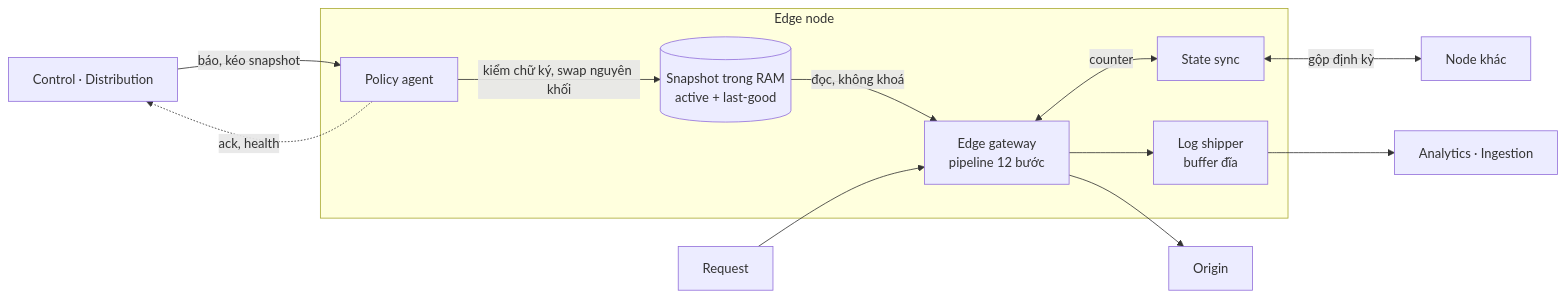
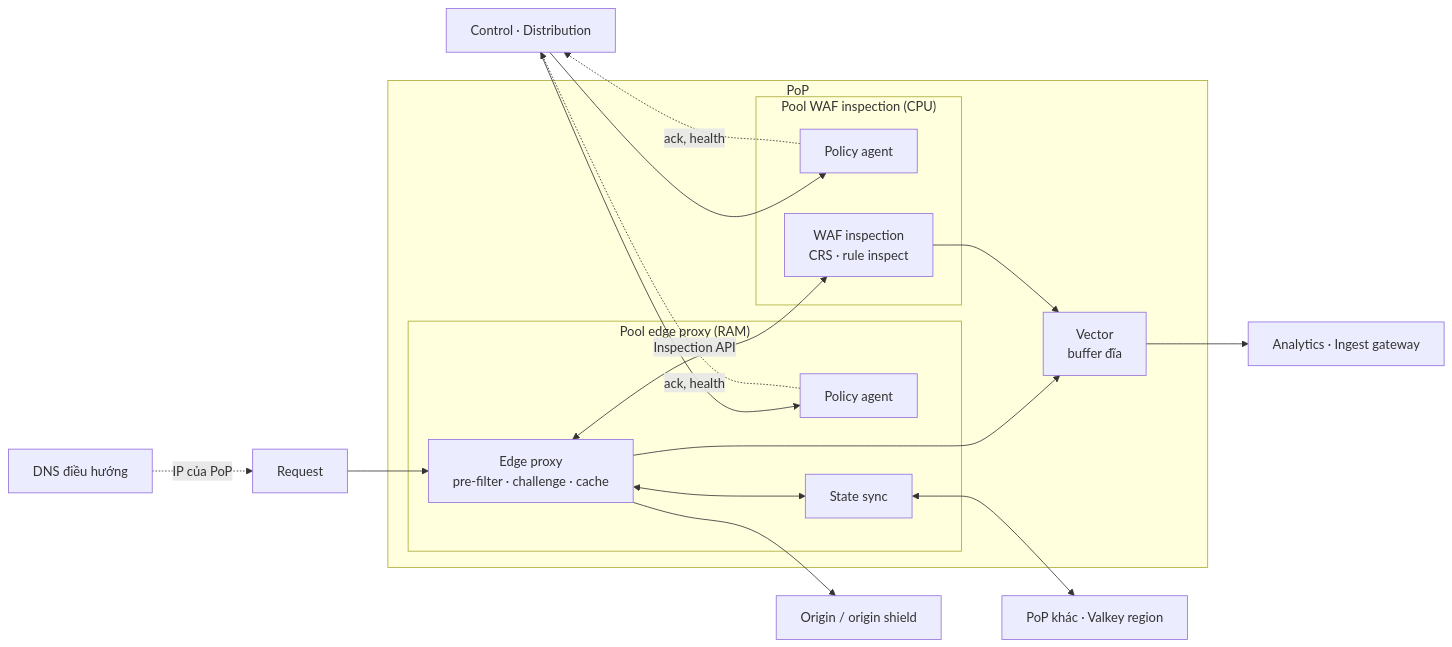
One commit to metap-org/metap-demo-waf changed the diagram in docs/architecture/05-building-blocks/03-edge-plane.md. Above: the diagram before and after it, drawn with Mermaid. The commit also changed other lines of this file and 43 other files, not shown here.

````diff
--- a/docs/architecture/05-building-blocks/03-edge-plane.md
+++ b/docs/architecture/05-building-blocks/03-edge-plane.md
@@ -8,25 +16,34 @@
 ```mermaid
 flowchart LR
     ctrl["Control · Distribution"]
-    peers["Node khác"]
-    ana["Analytics · Ingestion"]
+    peers["PoP khác · Valkey region"]
+    ana["Analytics · Ingest gateway"]
+    dns["DNS điều hướng"]
     req["Request"]
-    origin["Origin"]
+    origin["Origin / origin shield"]
 
-    subgraph N["Edge node"]
-        agent["Policy agent"]
-        snap[("Snapshot trong RAM<br/>active + last-good")]
-        sync["State sync"]
-        gw["Edge gateway<br/>pipeline 12 bước"]
-        ship["Log shipper<br/>buffer đĩa"]
+    subgraph POP["PoP"]
+        subgraph PX["Pool edge proxy (RAM)"]
+            agp["Policy agent"]
+            px["Edge proxy<br/>pre-filter · challenge · cache"]
+            sync["State sync"]
+        end
+        subgraph WF["Pool WAF inspection (CPU)"]
+            agw["Policy agent"]
+            waf["WAF inspection<br/>CRS · rule inspect"]
+        end
+        ship["Vector<br/>buffer đĩa"]
     end
 
-    ctrl -->|báo, kéo snapshot| agent
-    agent -.->|ack, health| ctrl
-    agent -->|kiểm chữ ký, swap nguyên khối| snap
-    snap -->|đọc, không khoá| gw
-    gw <-->|counter| sync
-    sync <-->|gộp định kỳ| peers
-    req --> gw --> origin
-    gw --> ship --> ana
+    dns -.->|IP của PoP| req
+    req --> px
+    px <-->|Inspection API| waf
+    px --> origin
+    ctrl --> agp
+    ctrl --> agw
+    agp -.->|ack, health| ctrl
+    agw -.->|ack, health| ctrl
+    px <--> sync <--> peers
+    px --> ship --> ana
+    waf --> ship
 ```
````
